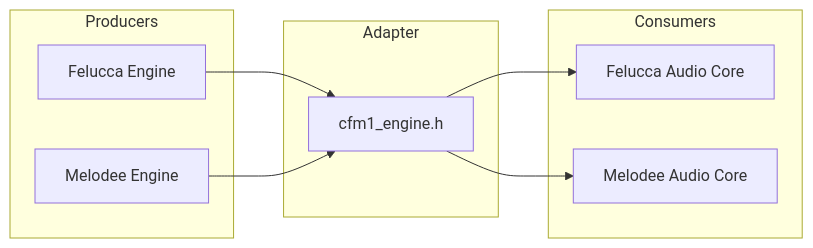
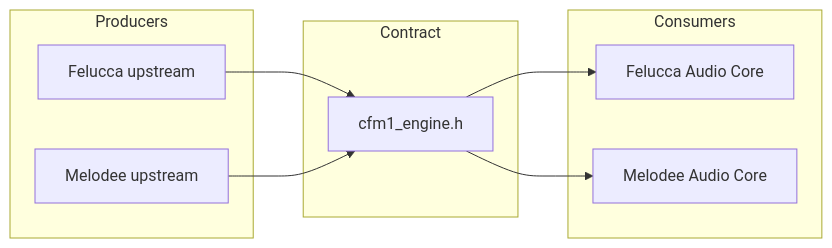
Before and after one commit to DimmKirr/core-fm1: the fifth of 5 diagrams in docs/COMPONENTS.md, drawn with Mermaid. The commit also changed other lines of this file and 401 other files, not shown here.

````diff
--- a/docs/COMPONENTS.md
+++ b/docs/COMPONENTS.md
@@ -503,19 +546,19 @@
 ```mermaid
 graph LR
     subgraph "Producers"
-        ENG_F["Felucca Engine"]
-        ENG_M["Melodee Engine"]
+        ENG_F["Felucca upstream"]
+        ENG_M["Melodee upstream"]
     end
-    subgraph "Adapter"
+    subgraph "Contract"
         EP["cfm1_engine.h"]
     end
     subgraph "Consumers"
         AC_F["Felucca Audio Core"]
         AC_M["Melodee Audio Core"]
     end
 
     ENG_F --> EP
     ENG_M --> EP
     EP --> AC_F
     EP --> AC_M
 ```
````
